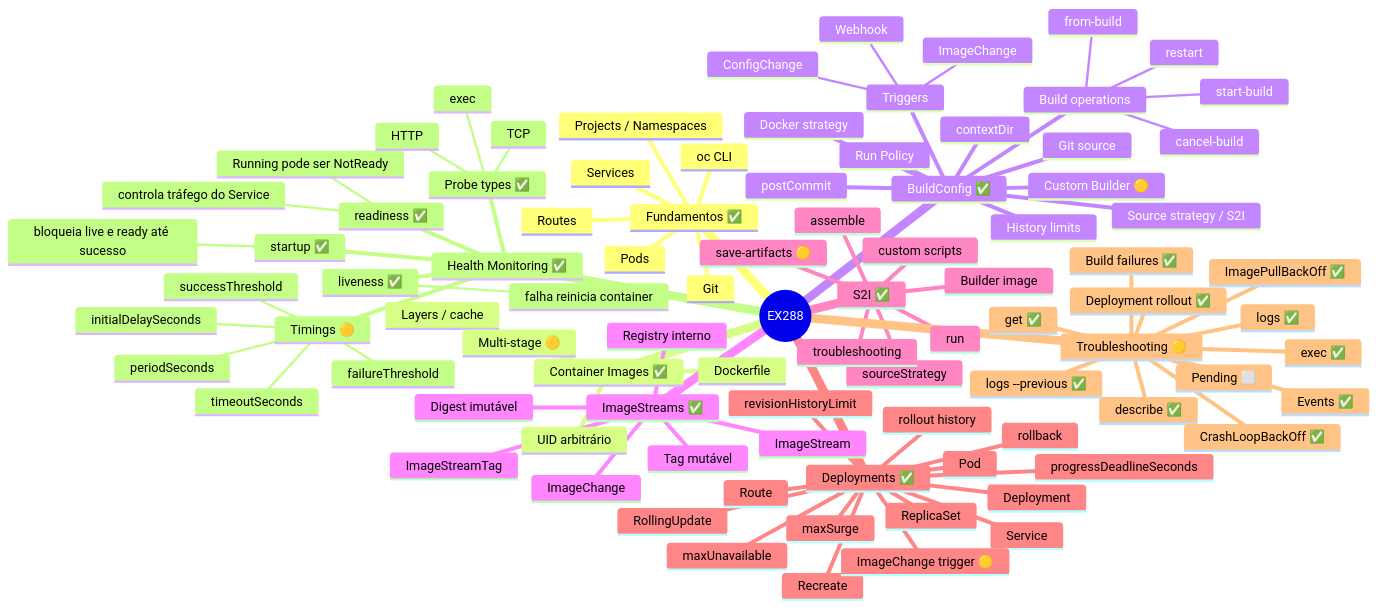
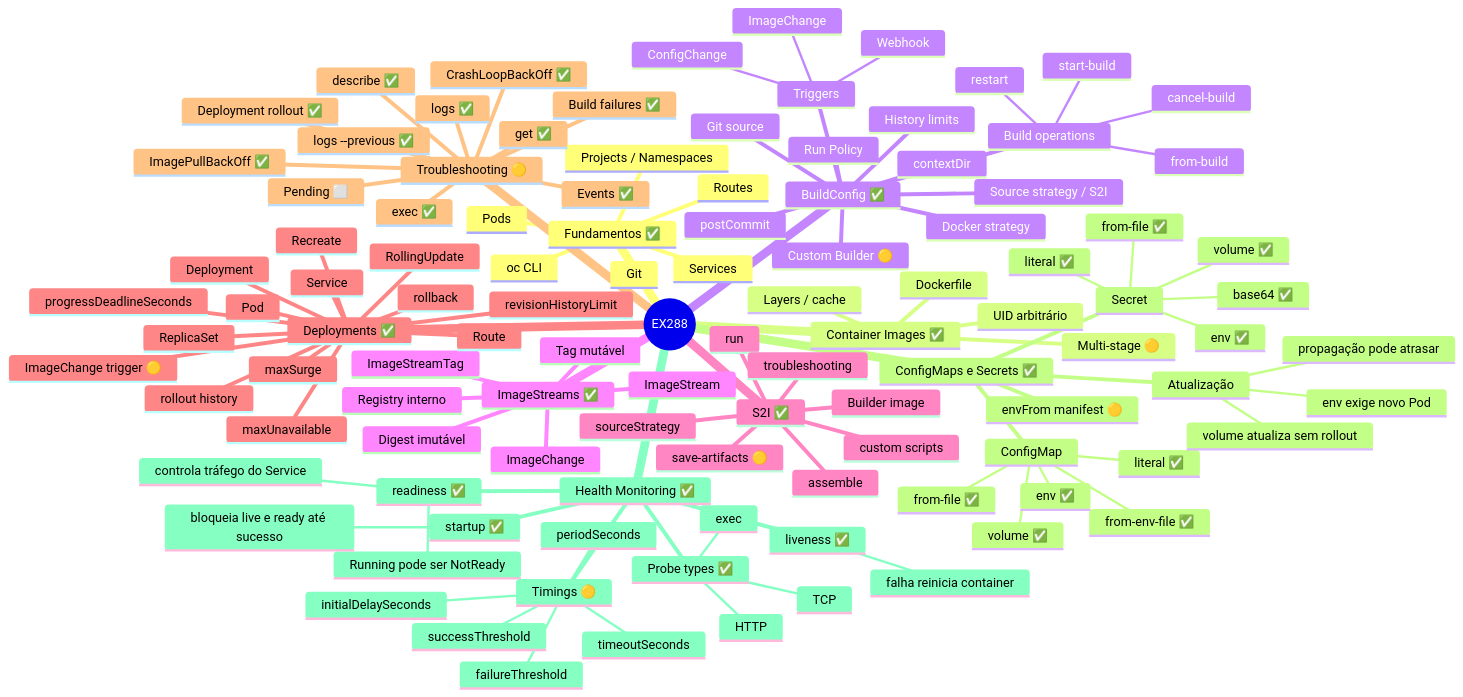
One commit to fmonticelli/ex288-labs changed the second of 12 diagrams in mindmap/README.md. Above: the diagram before and after it, drawn with Mermaid. The commit also changed other lines of this file, not shown here.

Commit message:
docs: map configmaps and secrets flows

```diff
--- a/mindmap/README.md
+++ b/mindmap/README.md
@@ -125,6 +126,24 @@
       Deployment rollout ✅
       Events ✅
       Pending ⬜
+    ConfigMaps e Secrets ✅
+      ConfigMap
+        literal ✅
+        from-file ✅
+        from-env-file ✅
+        env ✅
+        volume ✅
+      Secret
+        literal ✅
+        from-file ✅
+        base64 ✅
+        env ✅
+        volume ✅
+      Atualização
+        env exige novo Pod
+        volume atualiza sem rollout
+        propagação pode atrasar
+      envFrom manifest 🟡
     Health Monitoring ✅
       readiness ✅
         Running pode ser NotReady
```
